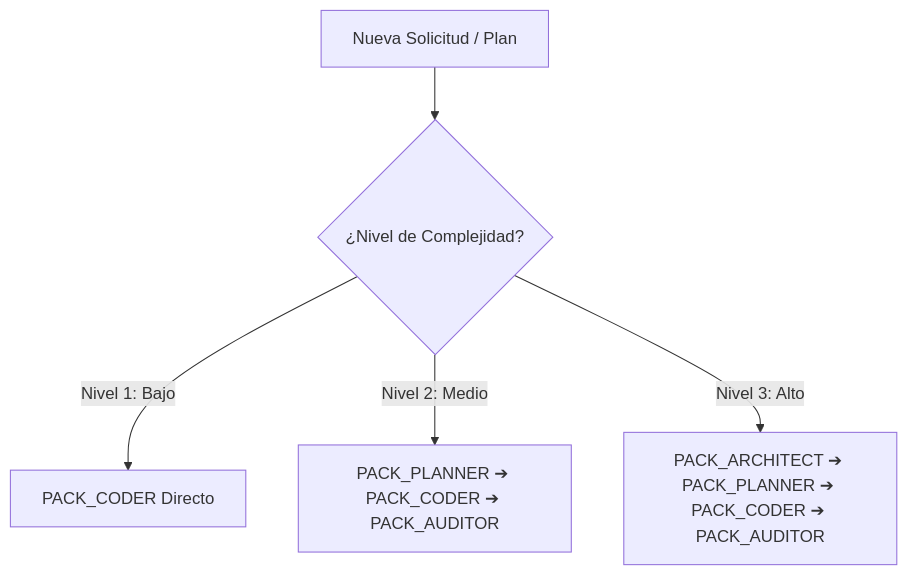
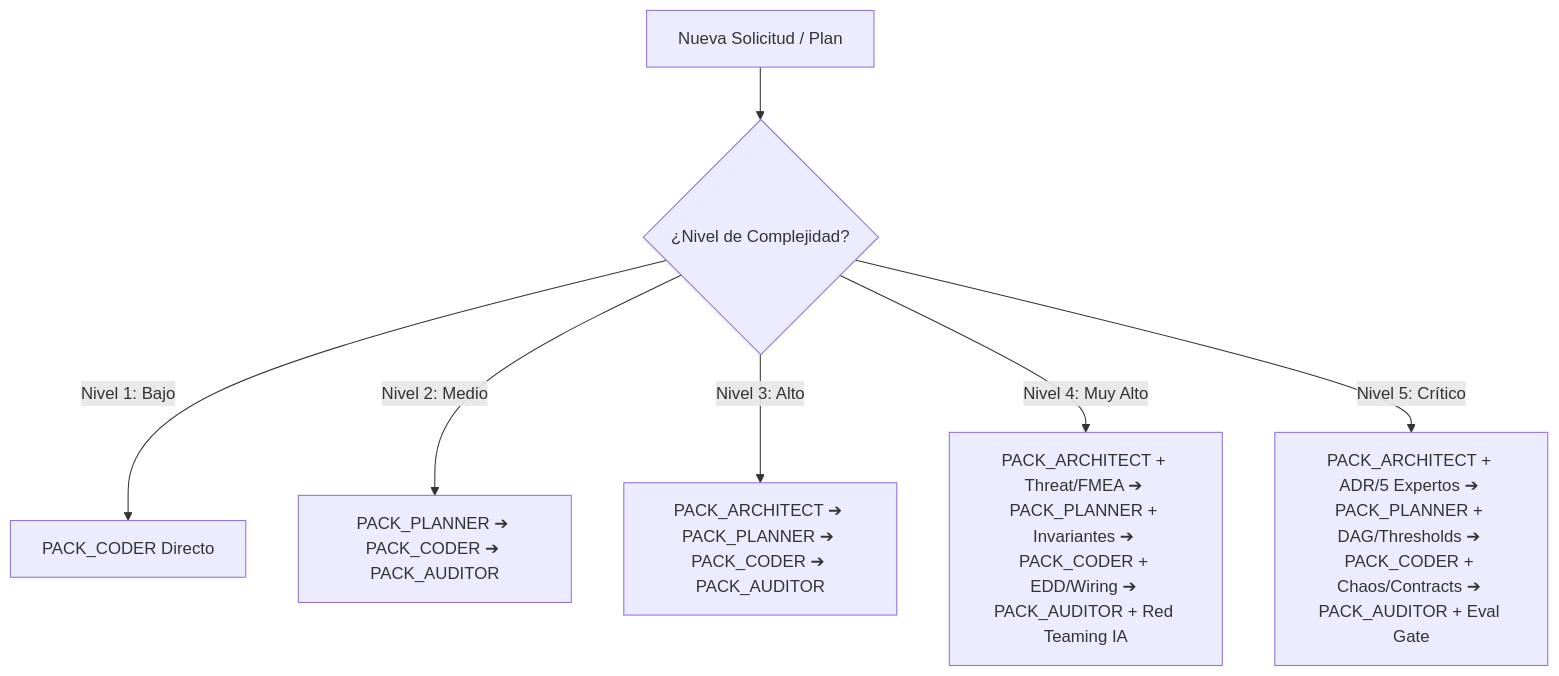
Before and after one commit to 4GeeksAcademy/ai-engineering-company-project-monorepo: the diagram in skills/code-refinement-suite/SKILL.md, drawn with Mermaid. The commit also changed other lines of this file and 23 other files, not shown here.

````diff
--- a/skills/code-refinement-suite/SKILL.md
+++ b/skills/code-refinement-suite/SKILL.md
@@ -16,7 +16,9 @@
 ```mermaid
 flowchart TD
     A[Nueva Solicitud / Plan] --> B{¿Nivel de Complejidad?}
     B -->|Nivel 1: Bajo| C[PACK_CODER Directo]
     B -->|Nivel 2: Medio| D[PACK_PLANNER ➔ PACK_CODER ➔ PACK_AUDITOR]
     B -->|Nivel 3: Alto| E[PACK_ARCHITECT ➔ PACK_PLANNER ➔ PACK_CODER ➔ PACK_AUDITOR]
+    B -->|Nivel 4: Muy Alto| F[PACK_ARCHITECT + Threat/FMEA ➔ PACK_PLANNER + Invariantes ➔ PACK_CODER + EDD/Wiring ➔ PACK_AUDITOR + Red Teaming IA]
+    B -->|Nivel 5: Crítico| G[PACK_ARCHITECT + ADR/5 Expertos ➔ PACK_PLANNER + DAG/Thresholds ➔ PACK_CODER + Chaos/Contracts ➔ PACK_AUDITOR + Eval Gate]
 ```
````
